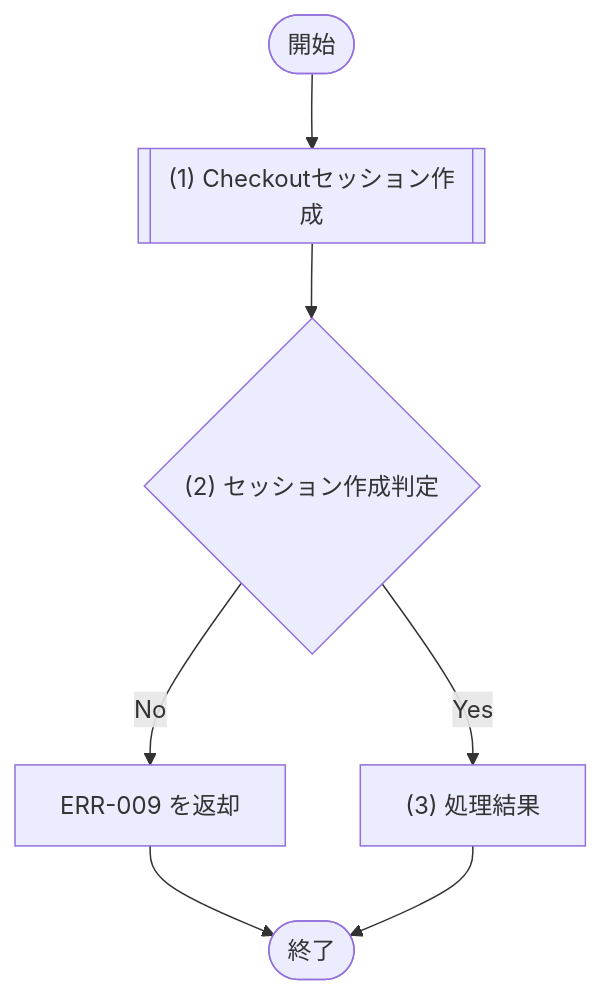
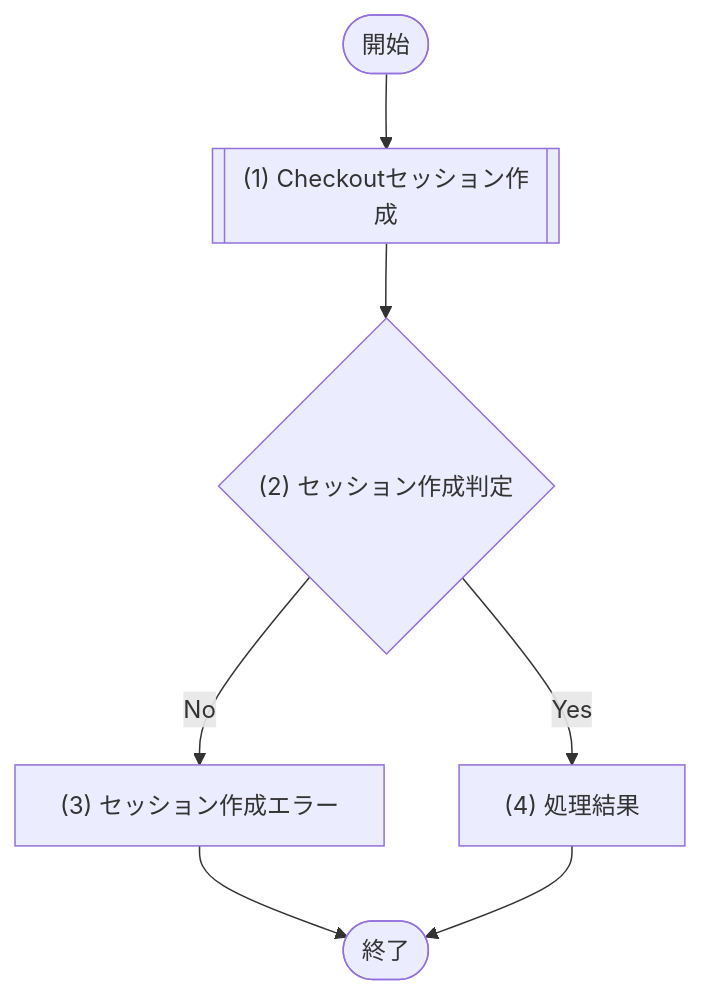
Before and after one commit to sikakou54/system-document-template: the diagram in docs/03_機能設計/03_API設計/API-010_支払い方法登録セッション作成.md, drawn with Mermaid. The commit also changed other lines of this file and 32 other files, not shown here.

````diff
--- a/docs/03_機能設計/03_API設計/API-010_支払い方法登録セッション作成.md
+++ b/docs/03_機能設計/03_API設計/API-010_支払い方法登録セッション作成.md
@@ -37,13 +37,13 @@
 ```mermaid
 flowchart TD
   Start([開始])
   P1[["(1) Checkoutセッション作成"]]
   D1{"(2) セッション作成判定"}
-  E1["ERR-009 を返却"]
-  P2["(3) 処理結果"]
+  E1["(3) セッション作成エラー"]
+  P2["(4) 処理結果"]
   End([終了])
 
   Start --> P1 --> D1
   D1 -- "No" --> E1 --> End
   D1 -- "Yes" --> P2 --> End
 ```
````
